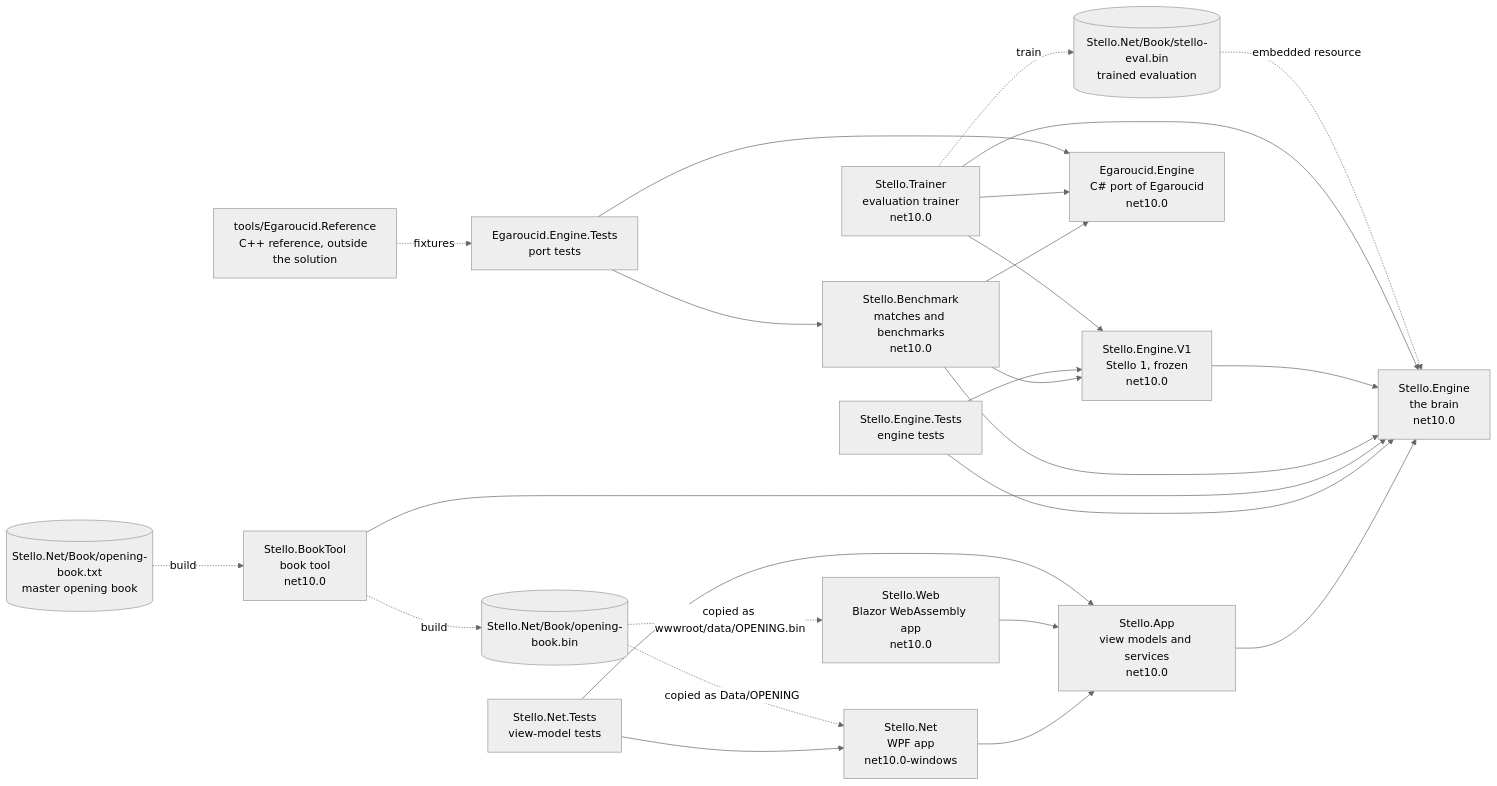
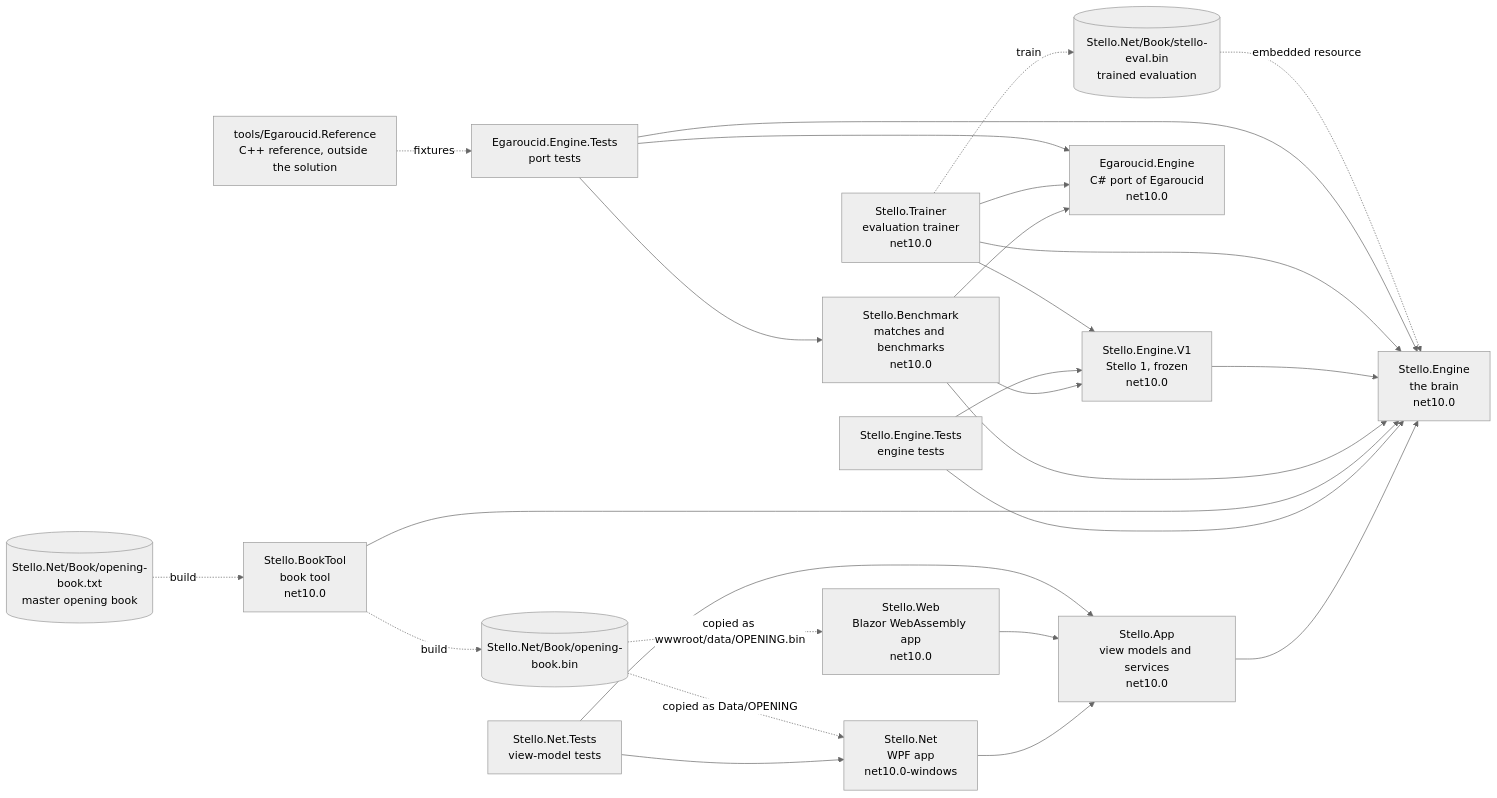
One commit to cjp-dev/Stello changed the first of 4 diagrams in docs/brain/01-overview.md. Above: the diagram before and after it, drawn with Mermaid (neutral theme). The commit also changed other lines of this file and 12 other files, not shown here.

````diff
--- a/docs/brain/01-overview.md
+++ b/docs/brain/01-overview.md
@@ -11,27 +11,28 @@
 ```mermaid
 flowchart LR
     Wpf["Stello.Net<br/>WPF app<br/>net10.0-windows"] --> Shared["Stello.App<br/>view models and services<br/>net10.0"]
     Web["Stello.Web<br/>Blazor WebAssembly app<br/>net10.0"] --> Shared
     Shared --> Engine["Stello.Engine<br/>the brain<br/>net10.0"]
     AppTests["Stello.Net.Tests<br/>view-model tests"] --> Wpf
     AppTests --> Shared
     EngineTests["Stello.Engine.Tests<br/>engine tests"] --> Engine
     Tool["Stello.BookTool<br/>book tool<br/>net10.0"] --> Engine
     Bench["Stello.Benchmark<br/>matches and benchmarks<br/>net10.0"] --> Engine
     V1["Stello.Engine.V1<br/>Stello 1, frozen<br/>net10.0"] --> Engine
     Bench --> V1
     Bench --> Egaroucid["Egaroucid.Engine<br/>C# port of Egaroucid<br/>net10.0"]
     EngineTests --> V1
     Trainer["Stello.Trainer<br/>evaluation trainer<br/>net10.0"] --> Engine
     Trainer --> V1
     Trainer --> Egaroucid
     EgaroucidTests["Egaroucid.Engine.Tests<br/>port tests"] --> Egaroucid
     EgaroucidTests --> Bench
+    EgaroucidTests --> Engine
     Reference["tools/Egaroucid.Reference<br/>C++ reference, outside the solution"] -. "fixtures" .-> EgaroucidTests
     Text[("Stello.Net/Book/opening-book.txt<br/>master opening book")] -. "build" .-> Tool
     Tool -. "build" .-> Book[("Stello.Net/Book/opening-book.bin")]
     Book -. "copied as Data/OPENING" .-> Wpf
     Book -. "copied as wwwroot/data/OPENING.bin" .-> Web
     Trainer -. "train" .-> Eval[("Stello.Net/Book/stello-eval.bin<br/>trained evaluation")]
     Eval -. "embedded resource" .-> Engine
 ```
````
